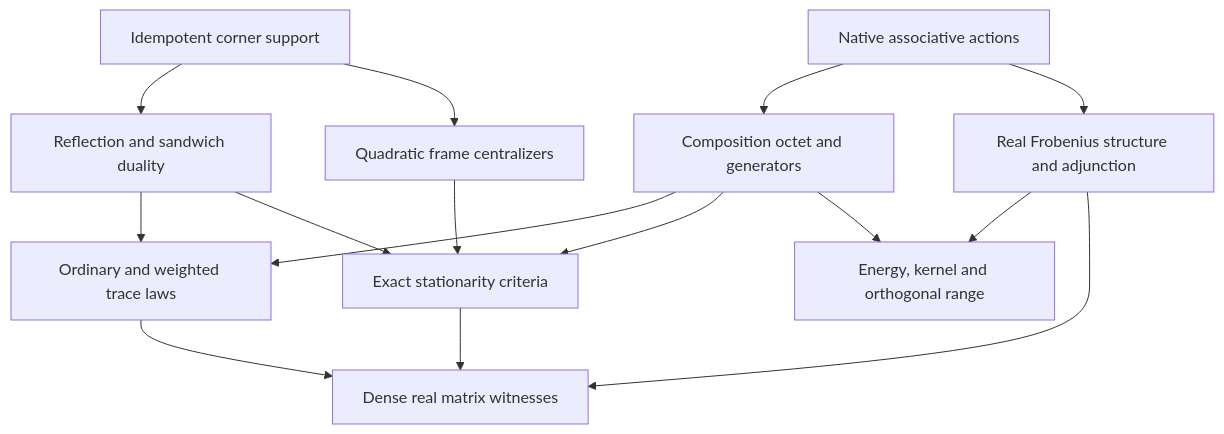
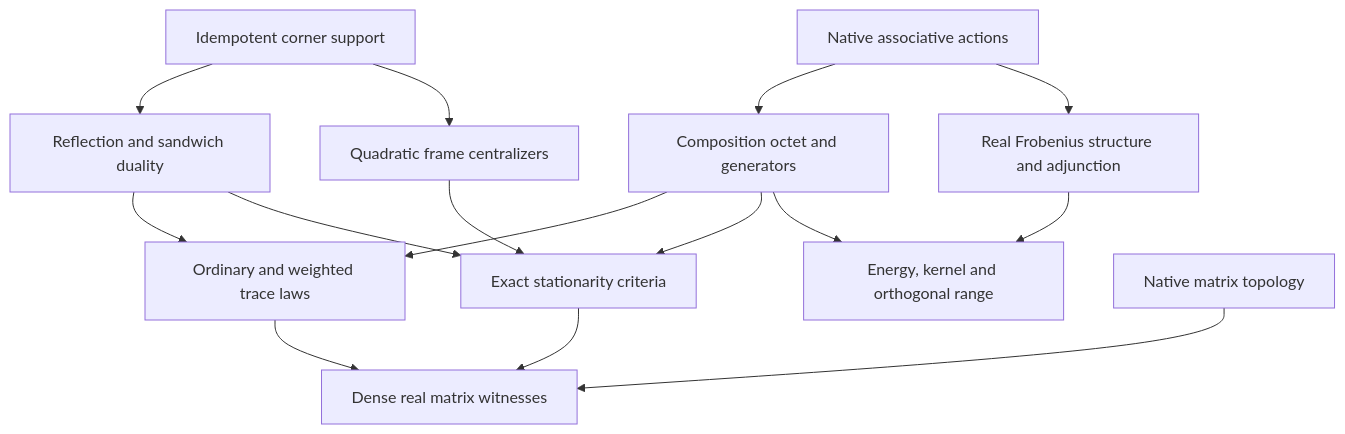
Before and after one commit to nickgou-nuke/info-geometry-lean: the diagram in docs/intake/2026-10-28-lie-jordan-generators/mathematical-map.md, drawn with Mermaid. The commit also changed other lines of this file and 2 other files, not shown here.

Commit message:
Use native matrix topology for the real affine orbit proof

````diff
--- a/docs/intake/2026-10-28-lie-jordan-generators/mathematical-map.md
+++ b/docs/intake/2026-10-28-lie-jordan-generators/mathematical-map.md
@@ -43,17 +43,17 @@
 ```mermaid
 flowchart TD
   A["Native associative actions"] --> B["Composition octet and generators"]
   P["Idempotent corner support"] --> D["Reflection and sandwich duality"]
   P --> K["Quadratic frame centralizers"]
   D --> T["Ordinary and weighted trace laws"]
   B --> T
   B --> S["Exact stationarity criteria"]
   K --> S
   D --> S
   A --> F["Real Frobenius structure and adjunction"]
   F --> H["Energy, kernel and orthogonal range"]
   B --> H
   T --> E["Dense real matrix witnesses"]
   S --> E
-  F --> E
+  N["Native matrix topology"] --> E
 ```
````
